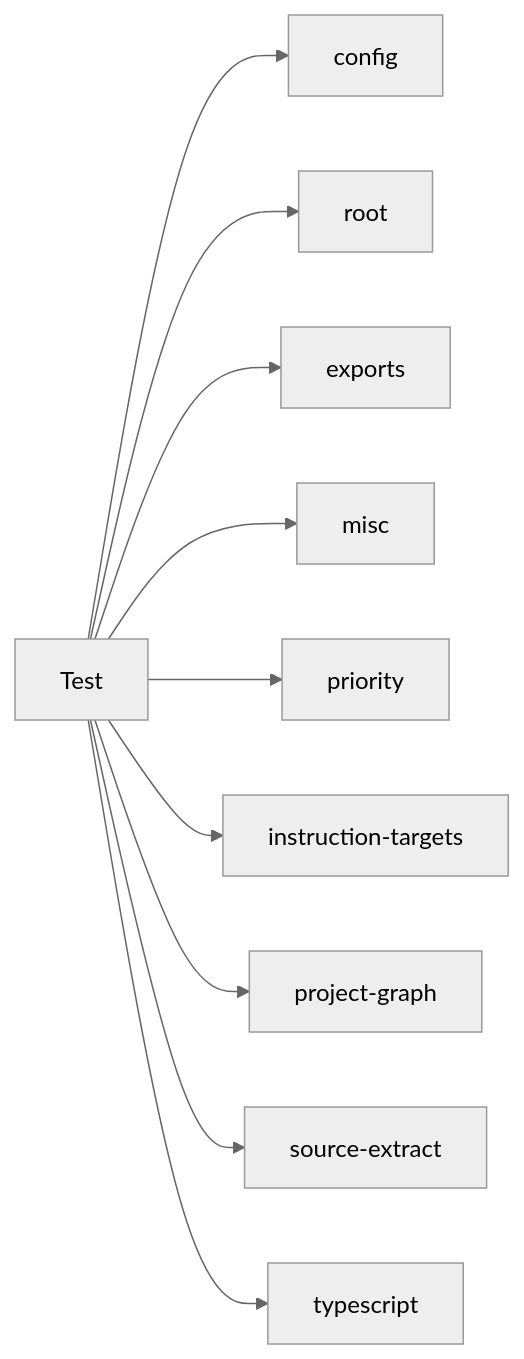
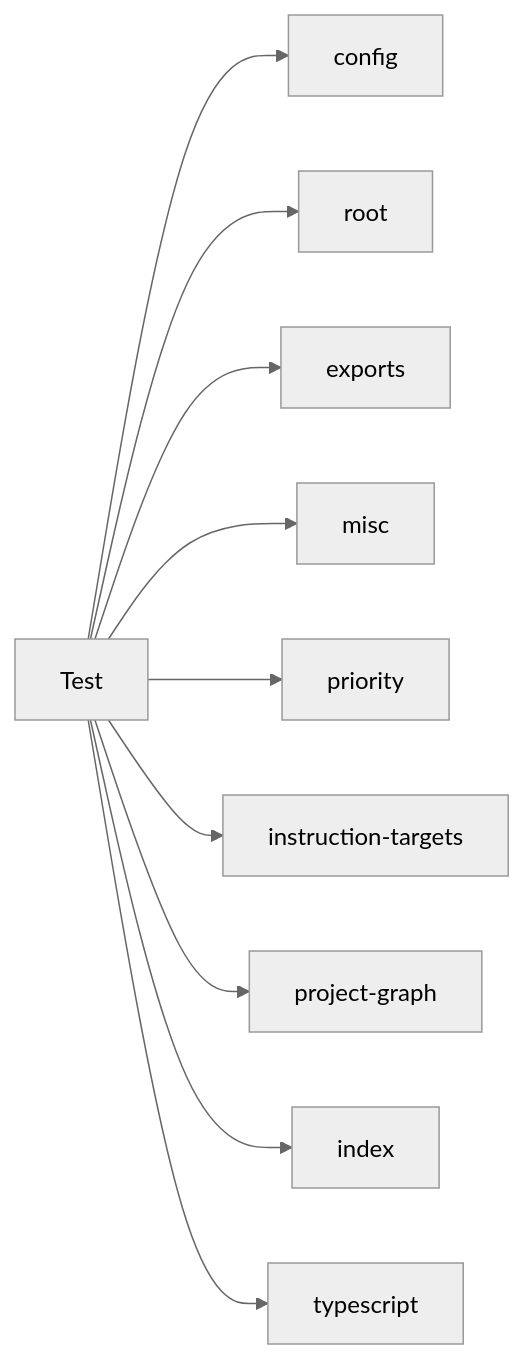
The diagram in .cursor/rules/ctxgraph--test-bundle.mdc (hellhellpnick/context-graph), drawn with Mermaid (neutral theme) before and after one commit. The commit also changed other lines of this file and 160 other files, not shown here.

````diff
--- a/.cursor/rules/ctxgraph--test-bundle.mdc
+++ b/.cursor/rules/ctxgraph--test-bundle.mdc
@@ -20,13 +20,13 @@
 ```mermaid
 graph LR
   Test[Test]
   Test --> config[config]
   Test --> root[root]
   Test --> exports[exports]
   Test --> misc[misc]
   Test --> priority[priority]
   Test --> instruction_targets[instruction-targets]
   Test --> project_graph[project-graph]
-  Test --> source_extract[source-extract]
+  Test --> index[index]
   Test --> typescript["typescript"]
 ```
````
